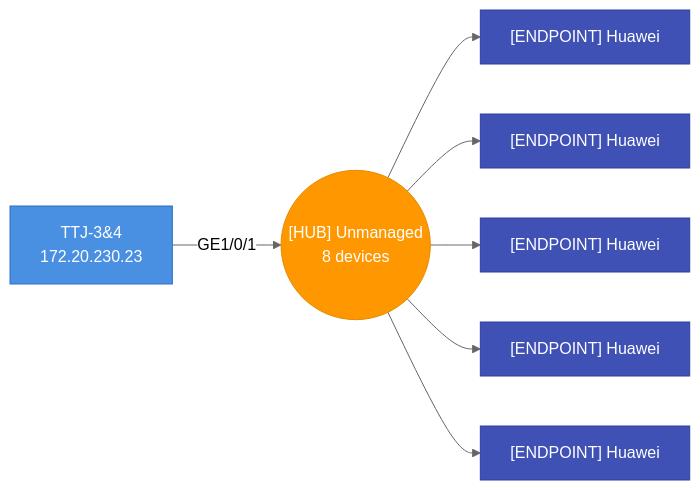
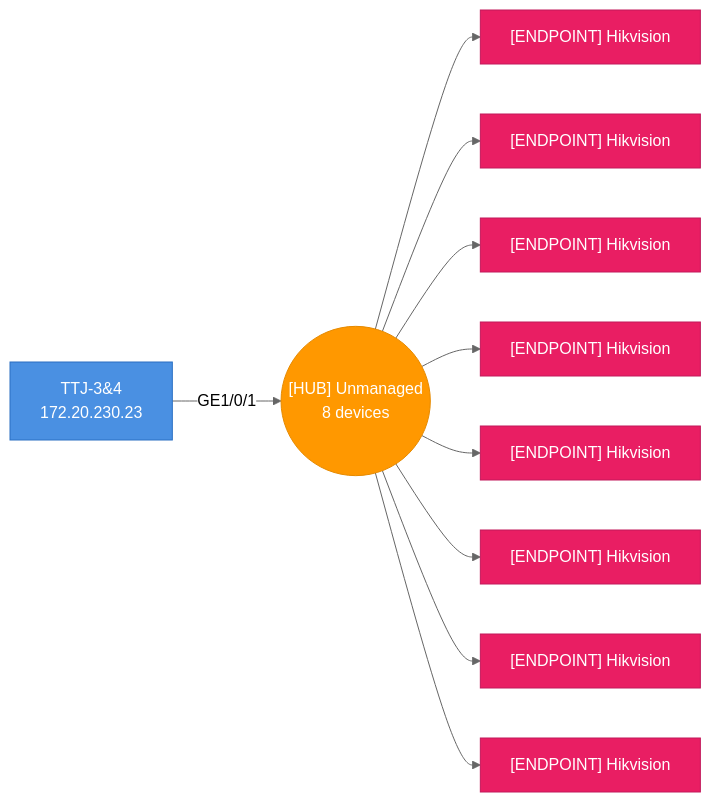
One commit to djamic/LLDP-Skanner-Go changed the sixth of 51 diagrams in testdata/golden/report_esxi_sections.md. Above: the diagram before and after it, drawn with Mermaid (neutral theme). The commit also changed other lines of this file and 16 other files, not shown here.

````diff
--- a/testdata/golden/report_esxi_sections.md
+++ b/testdata/golden/report_esxi_sections.md
@@ -127,23 +133,32 @@
 ```mermaid
 graph LR
   hub_4caea3a201ac_p1(("[HUB] Unmanaged<br>8 devices"))
   4caea3a201ac["TTJ-3&4<br>172.20.230.23"]
   4caea3a201ac-- "GE1/0/1" -->hub_4caea3a201ac_p1
   style 4caea3a201ac fill:#4A90E2,stroke:#2A6FC2,color:#fff
-  bc9b5e37bf19["[ENDPOINT] Huawei"]
+  bc9b5e37bf19["[ENDPOINT] Hikvision"]
   hub_4caea3a201ac_p1-->bc9b5e37bf19
-  style bc9b5e37bf19 fill:#3F51B5,stroke:#303F9F,color:#fff
-  bc9b5e37bf20["[ENDPOINT] Huawei"]
+  style bc9b5e37bf19 fill:#E91E63,stroke:#C2185B,color:#fff
+  bc9b5e37bf20["[ENDPOINT] Hikvision"]
   hub_4caea3a201ac_p1-->bc9b5e37bf20
-  style bc9b5e37bf20 fill:#3F51B5,stroke:#303F9F,color:#fff
-  bc9b5e37bf22["[ENDPOINT] Huawei"]
+  style bc9b5e37bf20 fill:#E91E63,stroke:#C2185B,color:#fff
+  bc9b5e37bf22["[ENDPOINT] Hikvision"]
   hub_4caea3a201ac_p1-->bc9b5e37bf22
-  style bc9b5e37bf22 fill:#3F51B5,stroke:#303F9F,color:#fff
-  bc9b5e37bf33["[ENDPOINT] Huawei"]
+  style bc9b5e37bf22 fill:#E91E63,stroke:#C2185B,color:#fff
+  bc9b5e37bf33["[ENDPOINT] Hikvision"]
   hub_4caea3a201ac_p1-->bc9b5e37bf33
-  style bc9b5e37bf33 fill:#3F51B5,stroke:#303F9F,color:#fff
-  bc9b5e37bf3a["[ENDPOINT] Huawei"]
+  style bc9b5e37bf33 fill:#E91E63,stroke:#C2185B,color:#fff
+  bc9b5e37bf3a["[ENDPOINT] Hikvision"]
   hub_4caea3a201ac_p1-->bc9b5e37bf3a
-  style bc9b5e37bf3a fill:#3F51B5,stroke:#303F9F,color:#fff
+  style bc9b5e37bf3a fill:#E91E63,stroke:#C2185B,color:#fff
+  bc9b5e37bf3b["[ENDPOINT] Hikvision"]
+  hub_4caea3a201ac_p1-->bc9b5e37bf3b
+  style bc9b5e37bf3b fill:#E91E63,stroke:#C2185B,color:#fff
+  bc9b5e37bf49["[ENDPOINT] Hikvision"]
+  hub_4caea3a201ac_p1-->bc9b5e37bf49
+  style bc9b5e37bf49 fill:#E91E63,stroke:#C2185B,color:#fff
+  bc9b5e37bf4b["[ENDPOINT] Hikvision"]
+  hub_4caea3a201ac_p1-->bc9b5e37bf4b
+  style bc9b5e37bf4b fill:#E91E63,stroke:#C2185B,color:#fff
   style hub_4caea3a201ac_p1 fill:#FF9800,stroke:#E68A00,color:#fff
 ```
````
